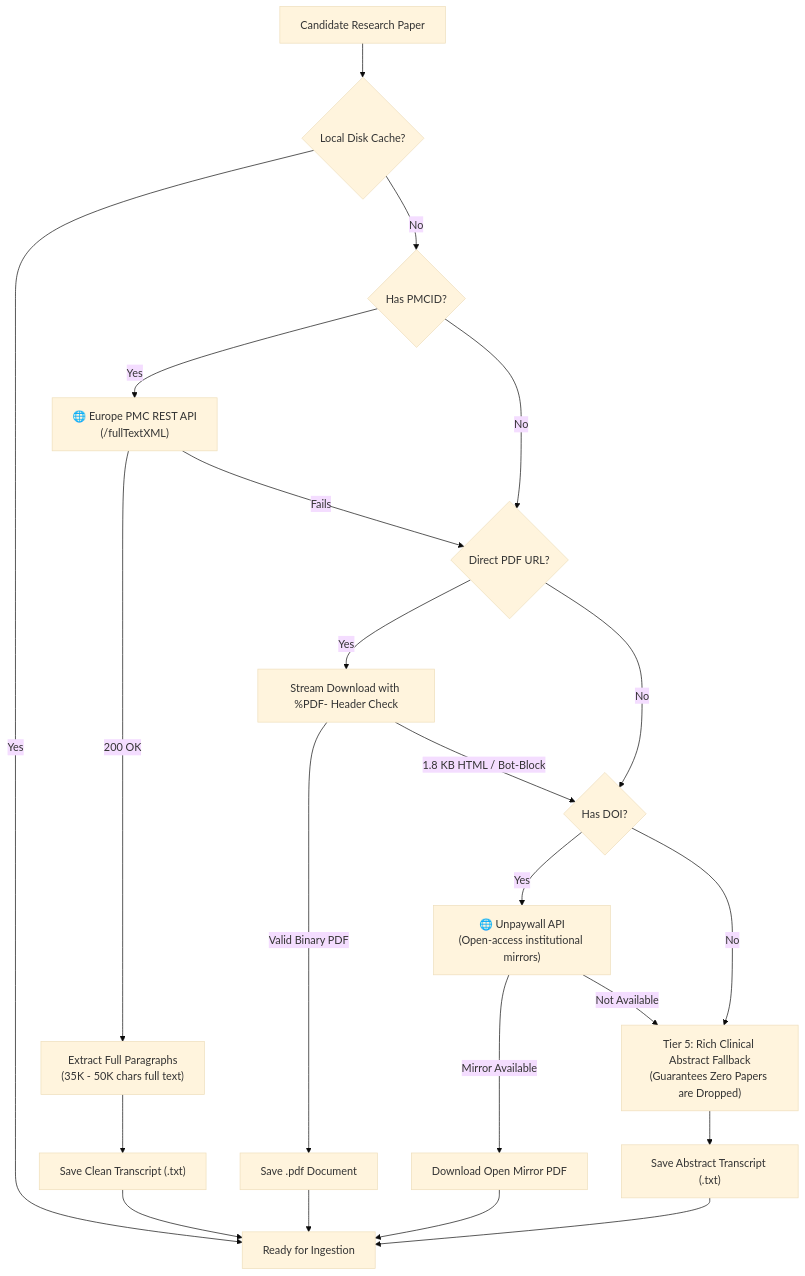
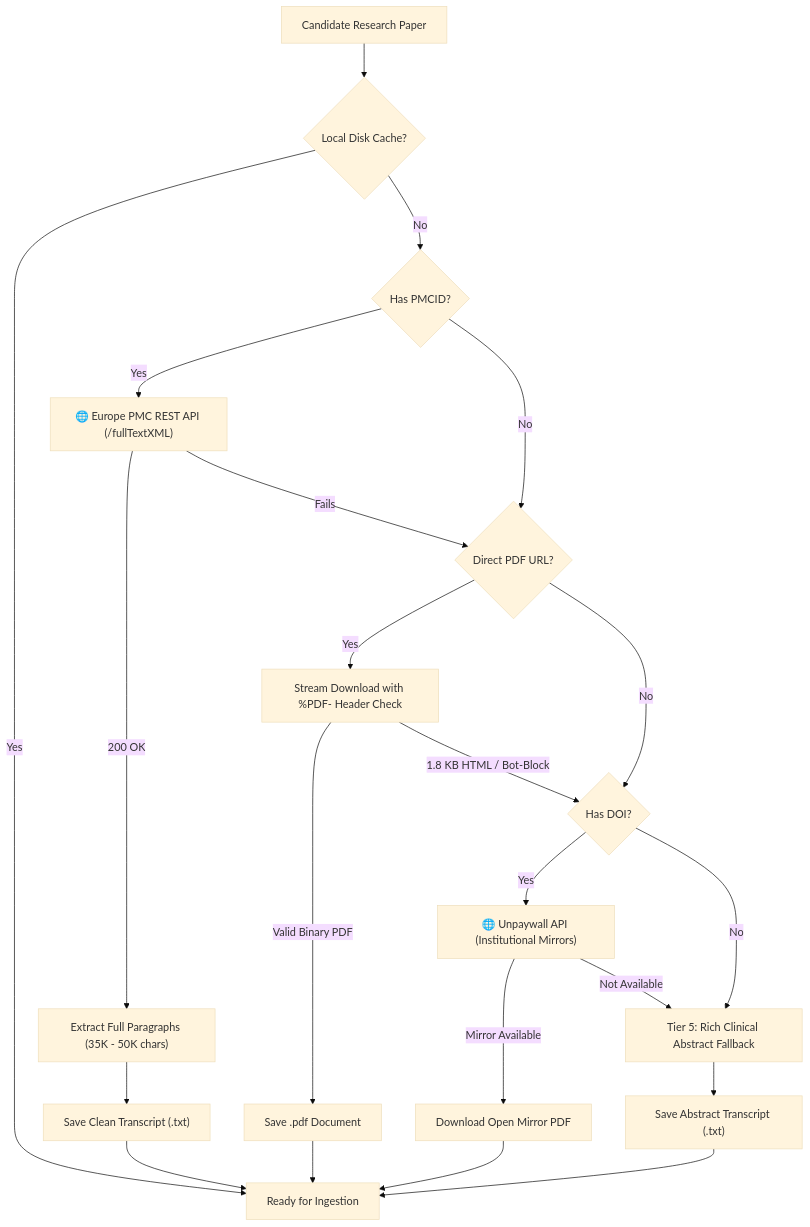
Before and after one commit to oolalabravo/health-rules-extractor-rag: the third of 3 diagrams in README.md, drawn with Mermaid (base theme). The commit also changed other lines of this file and 4 other files, not shown here.

````diff
--- a/README.md
+++ b/README.md
@@ -101,24 +207,24 @@
 ```mermaid
 flowchart TD
     Candidate["Candidate Research Paper"] --> T1{"Local Disk Cache?"}
     T1 -- Yes --> Resolved["Ready for Ingestion"]
     T1 -- No --> T2{"Has PMCID?"}
     
-    T2 -- Yes --> EPMC_API["🌐 Europe PMC REST API<br/>(/fullTextXML)"]
-    EPMC_API -- 200 OK --> CleanText["Extract Full Paragraphs<br/>(35K - 50K chars full text)"]
+    T2 -- Yes --> EPMC_API["🌐 Europe PMC REST API (/fullTextXML)"]
+    EPMC_API -- 200 OK --> CleanText["Extract Full Paragraphs (35K - 50K chars)"]
     CleanText --> SaveTxt["Save Clean Transcript (.txt)"] --> Resolved
     EPMC_API -- Fails --> T3
     
     T2 -- No --> T3{"Direct PDF URL?"}
     T3 -- Yes --> Download["Stream Download with %PDF- Header Check"]
     Download -- Valid Binary PDF --> SavePDF["Save .pdf Document"] --> Resolved
     Download -- 1.8 KB HTML / Bot-Block --> T4
     
     T3 -- No --> T4{"Has DOI?"}
-    T4 -- Yes --> Unpaywall_API["🌐 Unpaywall API<br/>(Open-access institutional mirrors)"]
+    T4 -- Yes --> Unpaywall_API["🌐 Unpaywall API (Institutional Mirrors)"]
     Unpaywall_API -- Mirror Available --> DownloadMirror["Download Open Mirror PDF"] --> Resolved
     Unpaywall_API -- Not Available --> T5
     
-    T4 -- No --> T5["Tier 5: Rich Clinical Abstract Fallback<br/>(Guarantees Zero Papers are Dropped)"]
+    T4 -- No --> T5["Tier 5: Rich Clinical Abstract Fallback"]
     T5 --> SaveAbstract["Save Abstract Transcript (.txt)"] --> Resolved
 ```
````
